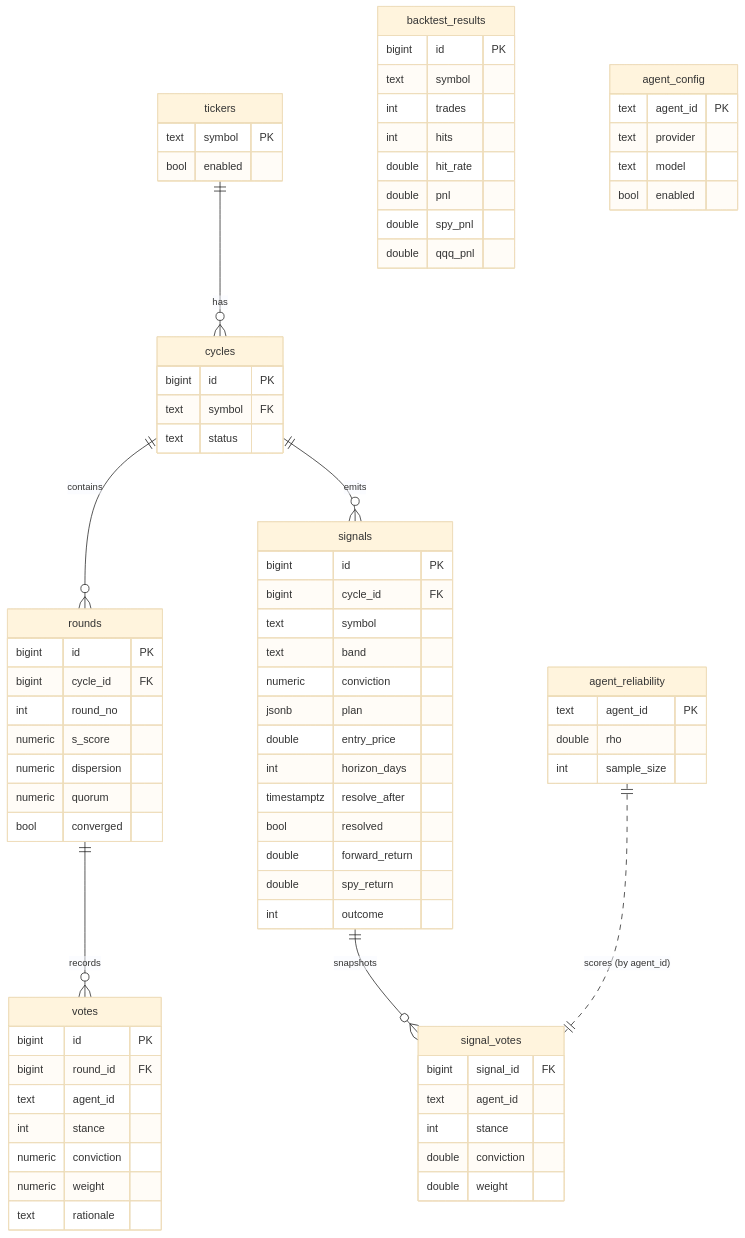
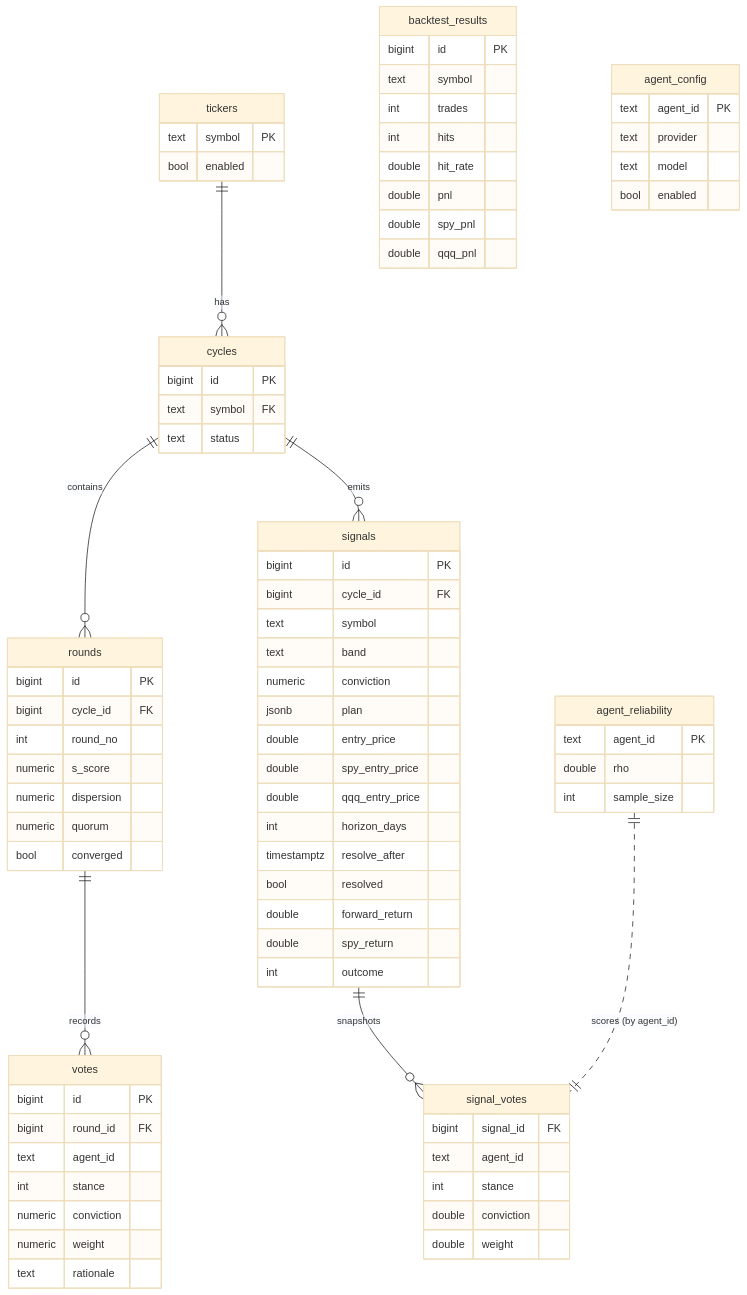
Before and after one commit to givewgun/legion: the seventh of 7 diagrams in docs/ARCHITECTURE.md, drawn with Mermaid (base theme). The commit also changed other lines of this file and 8 other files, not shown here.

````diff
--- a/docs/ARCHITECTURE.md
+++ b/docs/ARCHITECTURE.md
@@ -244,80 +244,82 @@
 ```mermaid
 erDiagram
     tickers ||--o{ cycles : has
     cycles ||--o{ rounds : contains
     rounds ||--o{ votes : records
     cycles ||--o{ signals : emits
     signals ||--o{ signal_votes : snapshots
     agent_reliability ||..|| signal_votes : "scores (by agent_id)"
 
     tickers {
         text symbol PK
         bool enabled
     }
     cycles {
         bigint id PK
         text symbol FK
         text status
     }
     rounds {
         bigint id PK
         bigint cycle_id FK
         int round_no
         numeric s_score
         numeric dispersion
         numeric quorum
         bool converged
     }
     votes {
         bigint id PK
         bigint round_id FK
         text agent_id
         int stance
         numeric conviction
         numeric weight
         text rationale
     }
     signals {
         bigint id PK
         bigint cycle_id FK
         text symbol
         text band
         numeric conviction
         jsonb plan
         double entry_price
+        double spy_entry_price
+        double qqq_entry_price
         int horizon_days
         timestamptz resolve_after
         bool resolved
         double forward_return
         double spy_return
         int outcome
     }
     signal_votes {
         bigint signal_id FK
         text agent_id
         int stance
         double conviction
         double weight
     }
     agent_reliability {
         text agent_id PK
         double rho
         int sample_size
     }
     backtest_results {
         bigint id PK
         text symbol
         int trades
         int hits
         double hit_rate
         double pnl
         double spy_pnl
         double qqq_pnl
     }
     agent_config {
         text agent_id PK
         text provider
         text model
         bool enabled
     }
 ```
````
